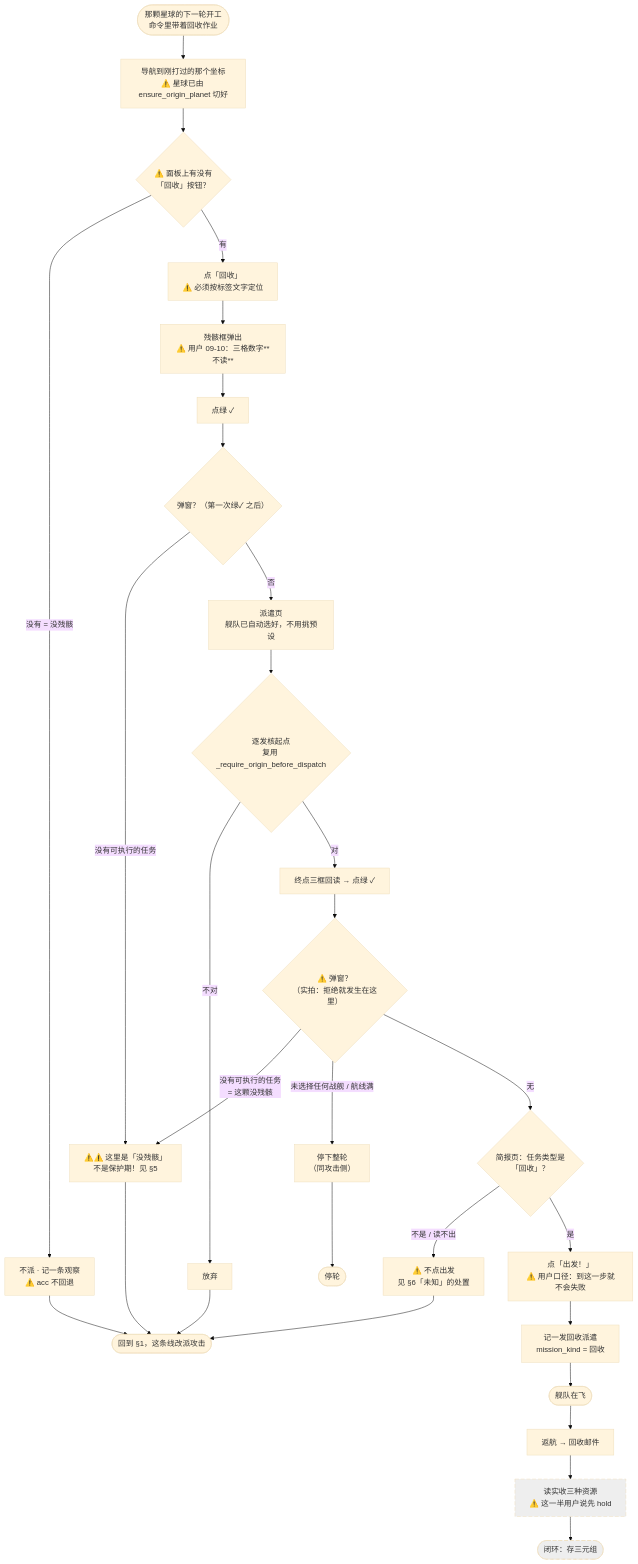
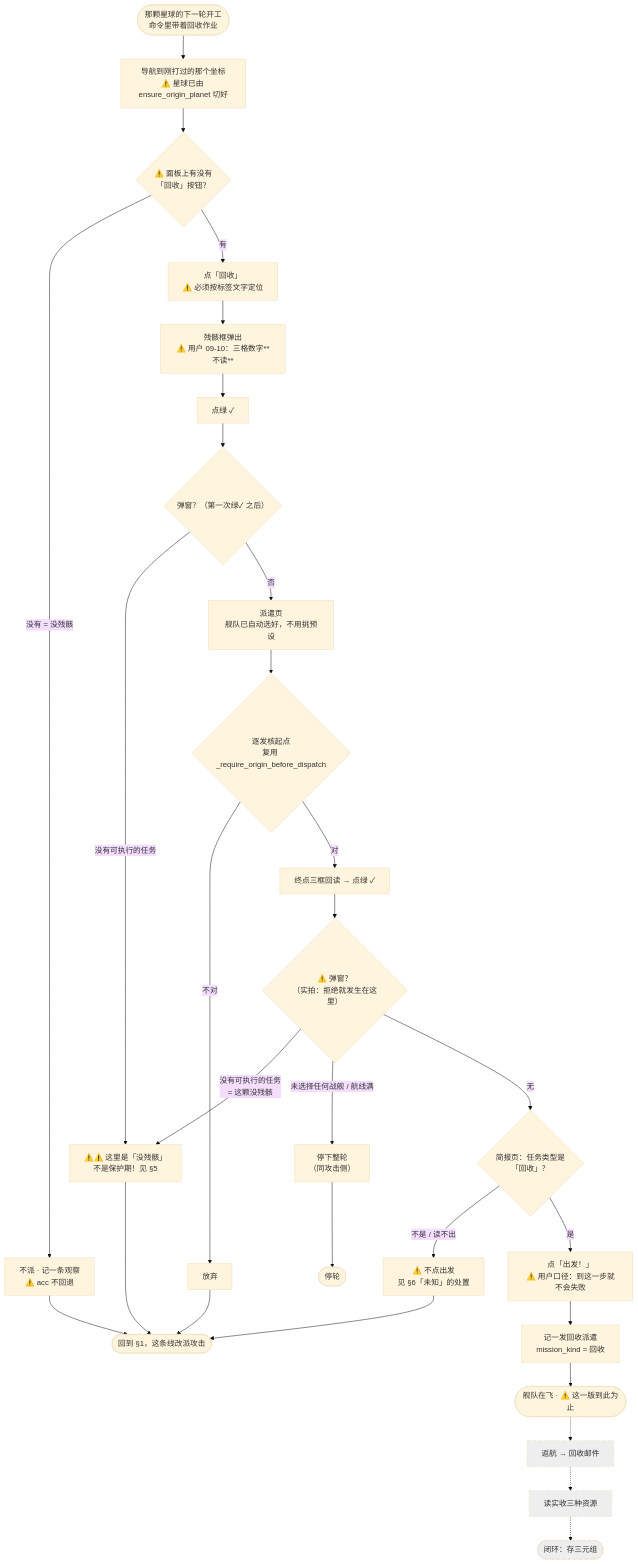
One commit to Kucleer/EVO-Helper changed the third of 5 diagrams in docs/回收闭环/流程图.md. Above: the diagram before and after it, drawn with Mermaid (base theme). The commit also changed other lines of this file and 1 other file, not shown here.

````diff
--- a/docs/回收闭环/流程图.md
+++ b/docs/回收闭环/流程图.md
@@ -119,41 +119,42 @@
 ```mermaid
 flowchart TD
     R0(["那颗星球的下一轮开工<br/>命令里带着回收作业"]) --> R3["导航到刚打过的那个坐标<br/>⚠️ 星球已由 ensure_origin_planet 切好"]
 
     R3 --> R4{"⚠️ 面板上有没有<br/>「回收」按钮？"}
     R4 -->|"没有 = 没残骸"| RX1["不派 · 记一条观察<br/>⚠️ acc 不回退"]
     R4 -->|有| R5["点「回收」<br/>⚠️ 必须按标签文字定位"]
 
     R5 --> R6["残骸框弹出<br/>⚠️ 用户 09-10：三格数字**不读**"]
     R6 --> R7[点绿 ✓]
 
     R7 --> R8{"弹窗？（第一次绿✓ 之后）"}
     R8 -->|"没有可执行的任务"| RX2["⚠️⚠️ 这里是「没残骸」<br/>不是保护期！见 §5"]
     R8 -->|否| R9["派遣页<br/>舰队已自动选好，不用挑预设"]
 
     R9 --> R10{"逐发核起点<br/>复用 _require_origin_before_dispatch"}
     R10 -->|不对| RX3[放弃]
     R10 -->|对| R11[终点三框回读 → 点绿 ✓]
 
     R11 --> R11D{"⚠️ 弹窗？<br/>（实拍：拒绝就发生在这里）"}
     R11D -->|"没有可执行的任务<br/>= 这颗没残骸"| RX2
     R11D -->|"未选择任何战舰 / 航线满"| RSTOP["停下整轮<br/>（同攻击侧）"]
     R11D -->|无| R12{"简报页：任务类型是<br/>「回收」？"}
     R12 -->|"不是 / 读不出"| RX4["⚠️ 不点出发<br/>见 §6「未知」的处置"]
     R12 -->|是| R13["点「出发！」<br/>⚠️ 用户口径：到这一步就不会失败"]
 
     R13 --> R14["记一发回收派遣<br/>mission_kind = 回收"]
-    R14 --> R15([舰队在飞])
-    R15 --> R16[返航 → 回收邮件]
-    R16 --> R17["读实收三种资源<br/>⚠️ 这一半用户说先 hold"]
-    R17 --> R18([闭环：存三元组])
+    R14 --> R15([舰队在飞 · ⚠️ 这一版到此为止])
+    R15 -.-> R16["返航 → 回收邮件"]
+    R16 -.-> R17["读实收三种资源"]
+    R17 -.-> R18([闭环：存三元组])
 
     RX1 --> ATK2([回到 §1，这条线改派攻击])
     RX2 --> ATK2
     RX3 --> ATK2
     RX4 --> ATK2
     RSTOP --> STOPALL([停轮])
 
+    style R16 fill:#eee,stroke-dasharray: 8 4
     style R17 fill:#eee,stroke-dasharray: 8 4
     style R18 fill:#eee,stroke-dasharray: 8 4
 ```
````
